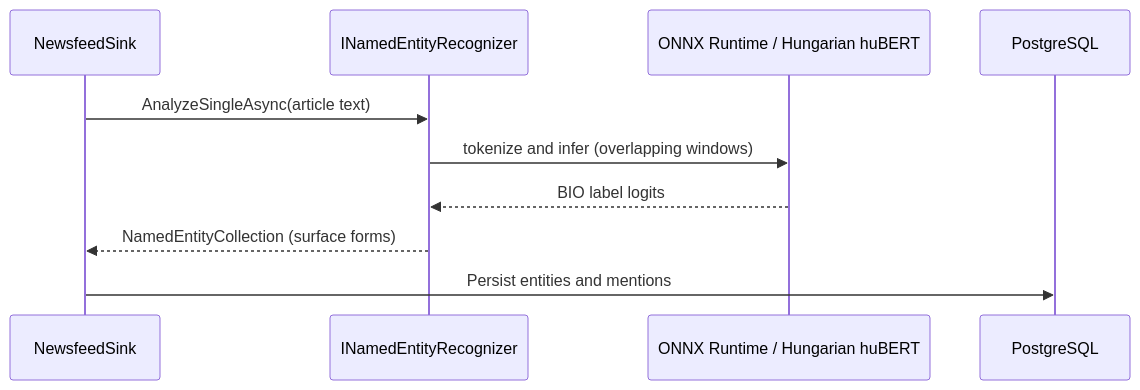
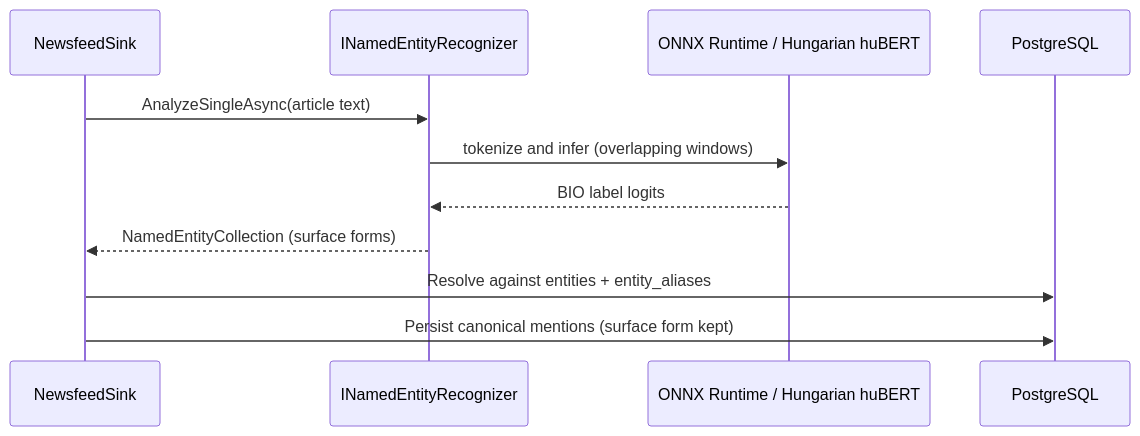
Before and after one commit to Fortyfei/AgitpropScraper: the fifth of 8 diagrams in .docs/pipelines.md, drawn with Mermaid. The commit also changed 37 other files, not shown here.

````diff
--- a/.docs/pipelines.md
+++ b/.docs/pipelines.md
@@ -104,13 +104,14 @@
 ```mermaid
 sequenceDiagram
     participant SINK as NewsfeedSink
     participant NER as INamedEntityRecognizer
     participant ONNX as ONNX Runtime / Hungarian huBERT
     participant DB as PostgreSQL
 
     SINK->>NER: AnalyzeSingleAsync(article text)
     NER->>ONNX: tokenize and infer (overlapping windows)
     ONNX-->>NER: BIO label logits
     NER-->>SINK: NamedEntityCollection (surface forms)
-    SINK->>DB: Persist entities and mentions
+    SINK->>DB: Resolve against entities + entity_aliases
+    SINK->>DB: Persist canonical mentions (surface form kept)
 ```
````
